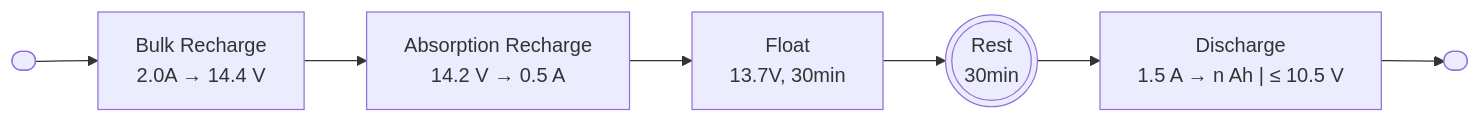
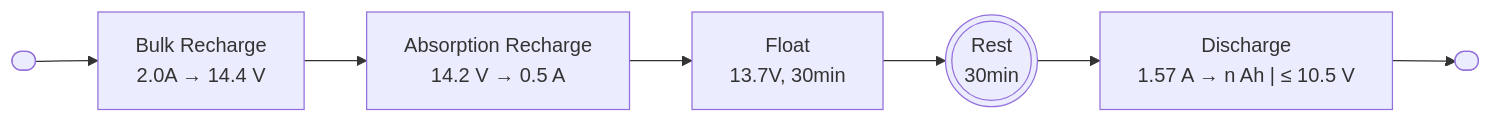
Before and after one commit to UCT-MARiS/SISPS-EXP-SOH: the third of 3 diagrams in Docs/UCT003 SoH Methodology.md, drawn with Mermaid. The commit also changed other lines of this file, not shown here.

````diff
--- a/Docs/UCT003 SoH Methodology.md
+++ b/Docs/UCT003 SoH Methodology.md
@@ -120,19 +125,19 @@
 ```mermaid
 %%{init: {"flowchart": {"format": svg}} }%%
 flowchart LR
 
 start([ ])
 wait(((Rest<br>30min)))
 bulk[Bulk Recharge<br>2.0A &rarr; 14.4 V]
 absorb[Absorption Recharge<br>14.2 V #rarr; 0.5 A]
 float[Float<br>13.7V, 30min]
-discharge[Discharge<br>1.5 A &rarr; n Ah &vert; &leq; 10.5 V]
+discharge[Discharge<br>1.57 A &rarr; n Ah &vert; &leq; 10.5 V]
 done([ ])
 
 start --> bulk
 bulk --> absorb
 absorb --> float
 float --> wait
 wait --> discharge
 discharge --> done
 ```
````
